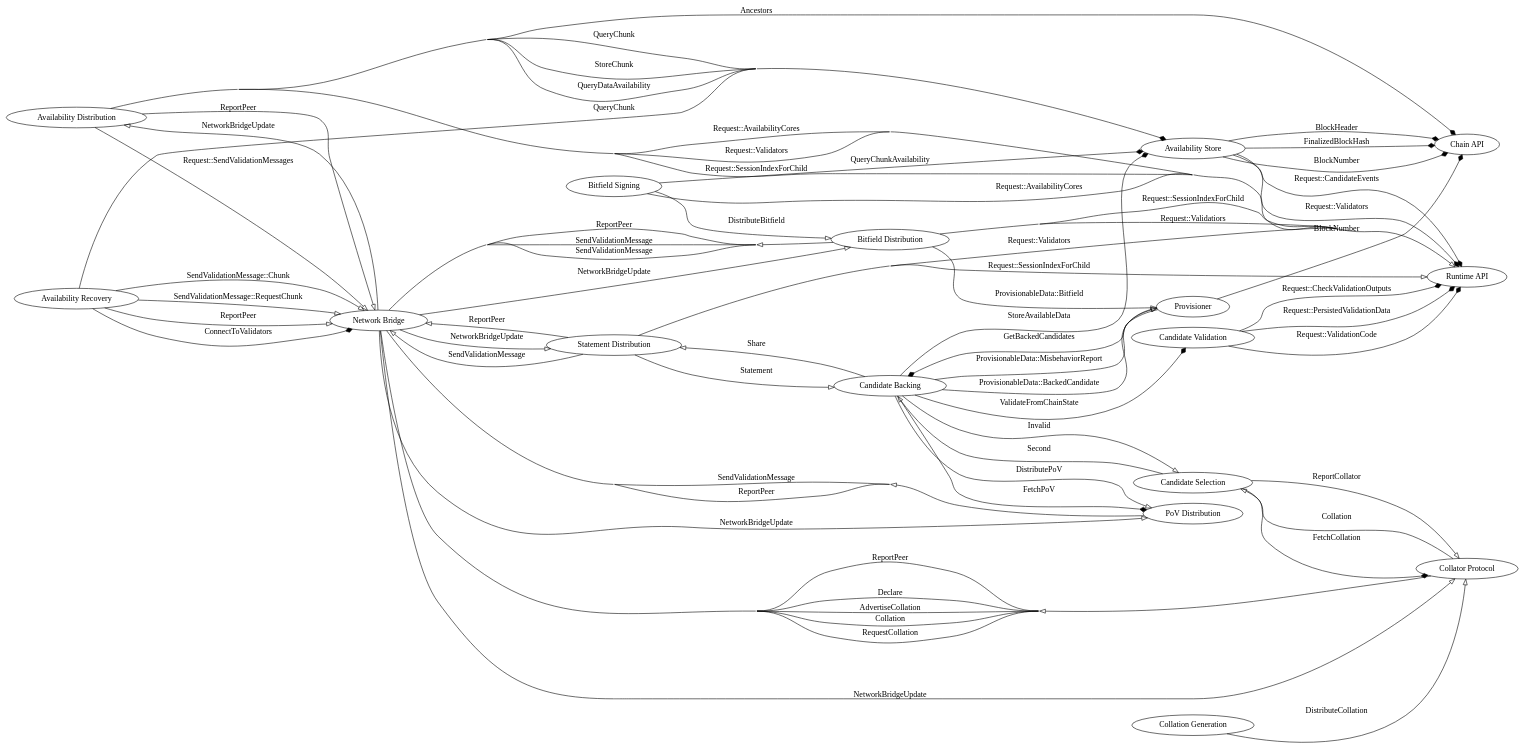
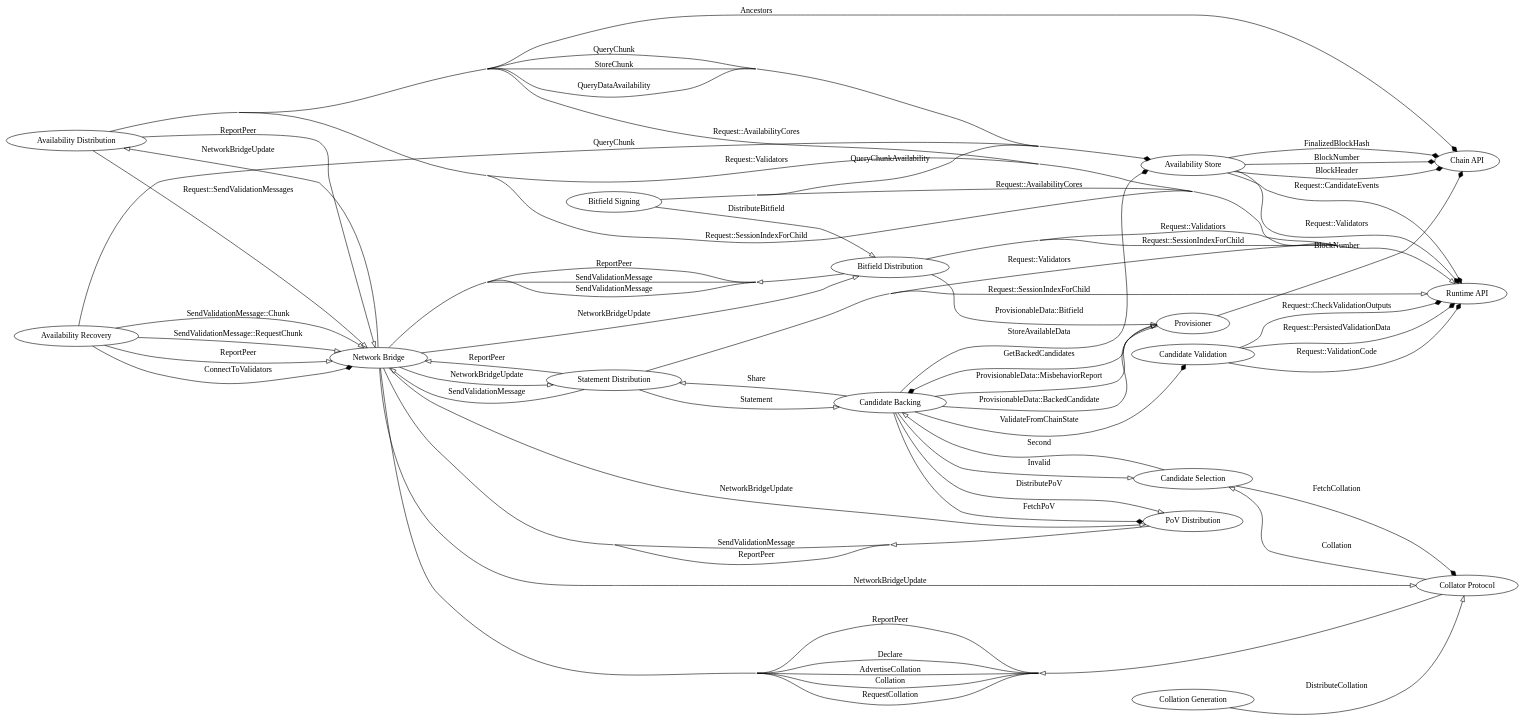
The first of 10 diagrams in polkadot/roadmap/implementers-guide/src/node/subsystems-and-jobs.md (paritytech/polkadot-sdk), drawn with Graphviz before and after one commit. The commit also changed other lines of this file and 6 other files, not shown here.

Commit message:
remove ReportCollator message

```diff
--- a/polkadot/roadmap/implementers-guide/src/node/subsystems-and-jobs.md
+++ b/polkadot/roadmap/implementers-guide/src/node/subsystems-and-jobs.md
@@ -129,7 +129,6 @@
 
     cand_sel    -> coll_prot    [arrowhead = "diamond", label = "FetchCollation"]
     cand_sel    -> cand_back    [arrowhead = "onormal", label = "Second"]
-    cand_sel    -> coll_prot    [arrowhead = "onormal", label = "ReportCollator"]
 
     cand_val    -> runt_api     [arrowhead = "diamond", label = "Request::PersistedValidationData"]
     cand_val    -> runt_api     [arrowhead = "diamond", label = "Request::ValidationCode"]
```
